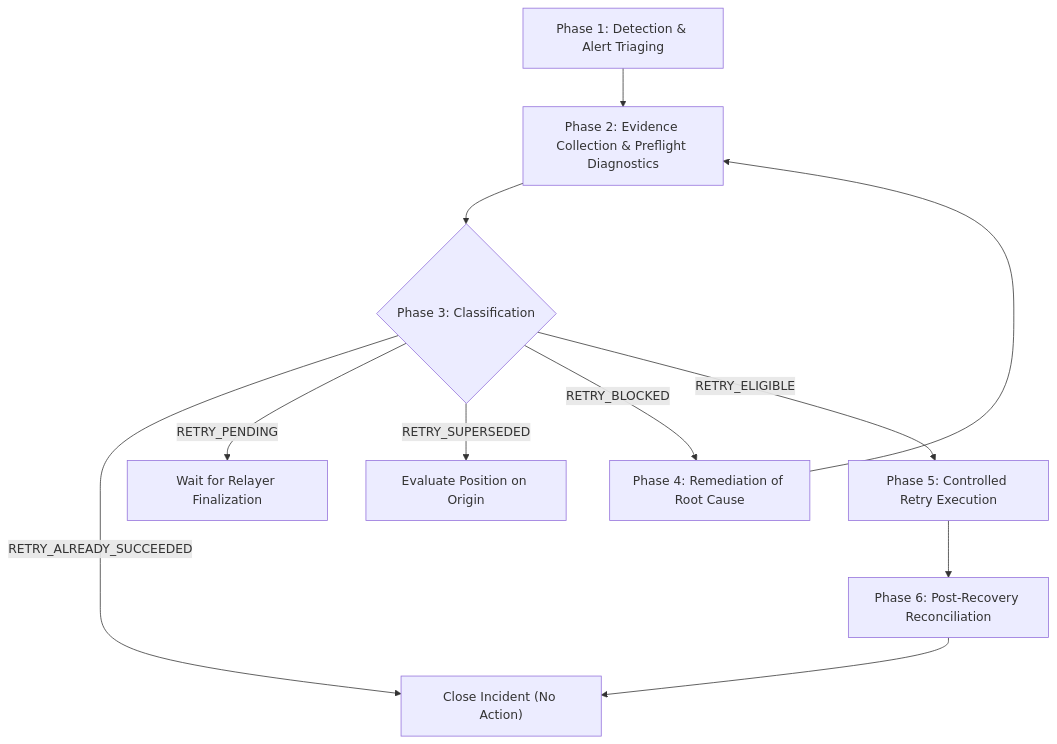
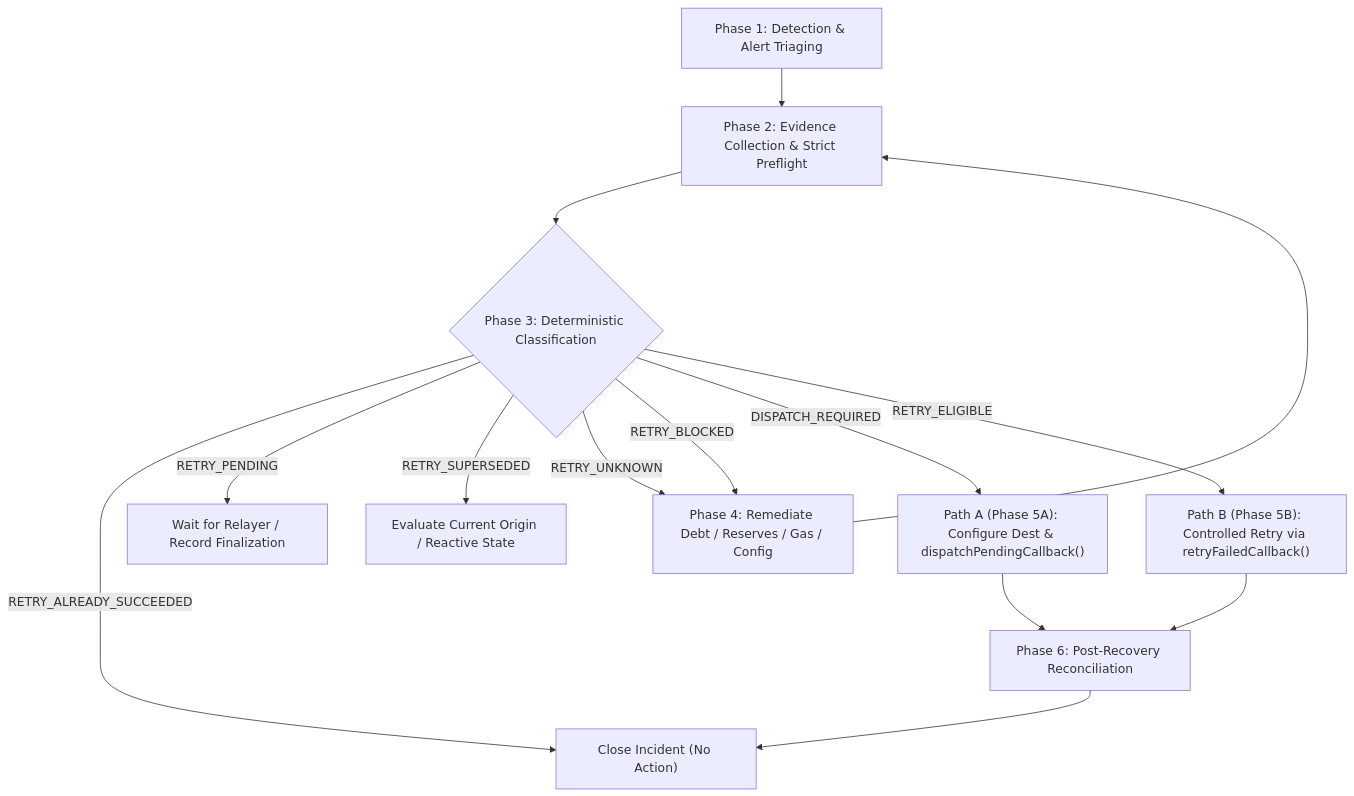
One commit to mahitss/Cross-Chain-Risk-Response- changed the diagram in docs/operations/CROSSGUARD-RECOVERY-RUNBOOK.md. Above: the diagram before and after it, drawn with Mermaid. The commit also changed other lines of this file and 10 other files, not shown here.

Commit message:
feat(m006.1): durable pending dispatch, fail-closed preflight and invariant suite

````diff
--- a/docs/operations/CROSSGUARD-RECOVERY-RUNBOOK.md
+++ b/docs/operations/CROSSGUARD-RECOVERY-RUNBOOK.md
@@ -27,13 +32,16 @@
 ```mermaid
 flowchart TD
-    P1["Phase 1: Detection & Alert Triaging"] --> P2["Phase 2: Evidence Collection & Preflight Diagnostics"]
-    P2 --> P3{"Phase 3: Classification"}
+    P1["Phase 1: Detection & Alert Triaging"] --> P2["Phase 2: Evidence Collection & Strict Preflight"]
+    P2 --> P3{"Phase 3: Deterministic Classification"}
     P3 -->|"RETRY_ALREADY_SUCCEEDED"| Done["Close Incident (No Action)"]
-    P3 -->|"RETRY_PENDING"| Wait["Wait for Relayer Finalization"]
-    P3 -->|"RETRY_SUPERSEDED"| Origin["Evaluate Position on Origin"]
-    P3 -->|"RETRY_BLOCKED"| P4["Phase 4: Remediation of Root Cause"]
-    P3 -->|"RETRY_ELIGIBLE"| P5["Phase 5: Controlled Retry Execution"]
+    P3 -->|"RETRY_PENDING"| Wait["Wait for Relayer / Record Finalization"]
+    P3 -->|"RETRY_SUPERSEDED"| Origin["Evaluate Current Origin / Reactive State"]
+    P3 -->|"RETRY_UNKNOWN"| P4["Phase 4: Fix RPC / Inputs / Economics Diagnostics"]
+    P3 -->|"RETRY_BLOCKED"| P4["Phase 4: Remediate Debt / Reserves / Gas / Config"]
+    P3 -->|"DISPATCH_REQUIRED"| PA["Path A (Phase 5A): Configure Dest & dispatchPendingCallback()"]
+    P3 -->|"RETRY_ELIGIBLE"| PB["Path B (Phase 5B): Controlled Retry via retryFailedCallback()"]
     P4 --> P2
-    P5 --> P6["Phase 6: Post-Recovery Reconciliation"]
+    PA --> P6["Phase 6: Post-Recovery Reconciliation"]
+    PB --> P6
     P6 --> Done
 ```
````
